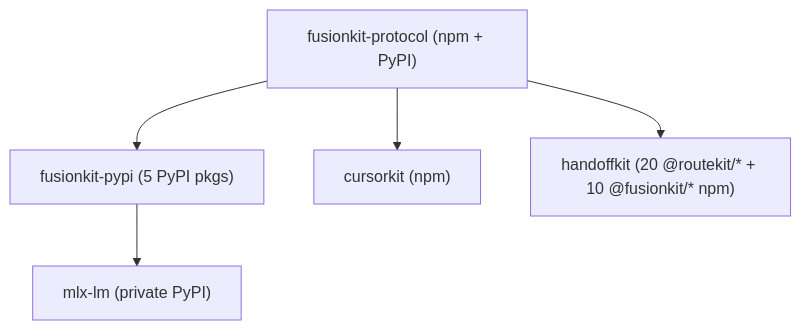
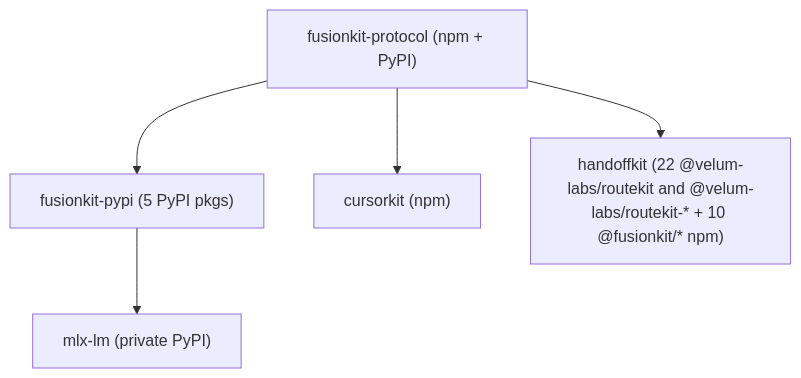
One commit to velum-labs/handoffkit changed the diagram in docs/releasing.md. Above: the diagram before and after it, drawn with Mermaid. The commit also changed other lines of this file and 358 other files, not shown here.

First line of the commit message:
Publish RouteKit packages under @velum-labs (#181)

````diff
--- a/docs/releasing.md
+++ b/docs/releasing.md
@@ -16,12 +16,12 @@
 ```mermaid
 flowchart TD
   protocol["fusionkit-protocol (npm + PyPI)"]
   fusionpy["fusionkit-pypi (5 PyPI pkgs)"]
   cursor["cursorkit (npm)"]
-  handoff["handoffkit (20 @routekit/* + 10 @fusionkit/* npm)"]
+  handoff["handoffkit (22 @velum-labs/routekit and @velum-labs/routekit-* + 10 @fusionkit/* npm)"]
   mlx["mlx-lm (private PyPI)"]
   protocol --> fusionpy
   protocol --> cursor
   protocol --> handoff
   fusionpy --> mlx
 ```
````
